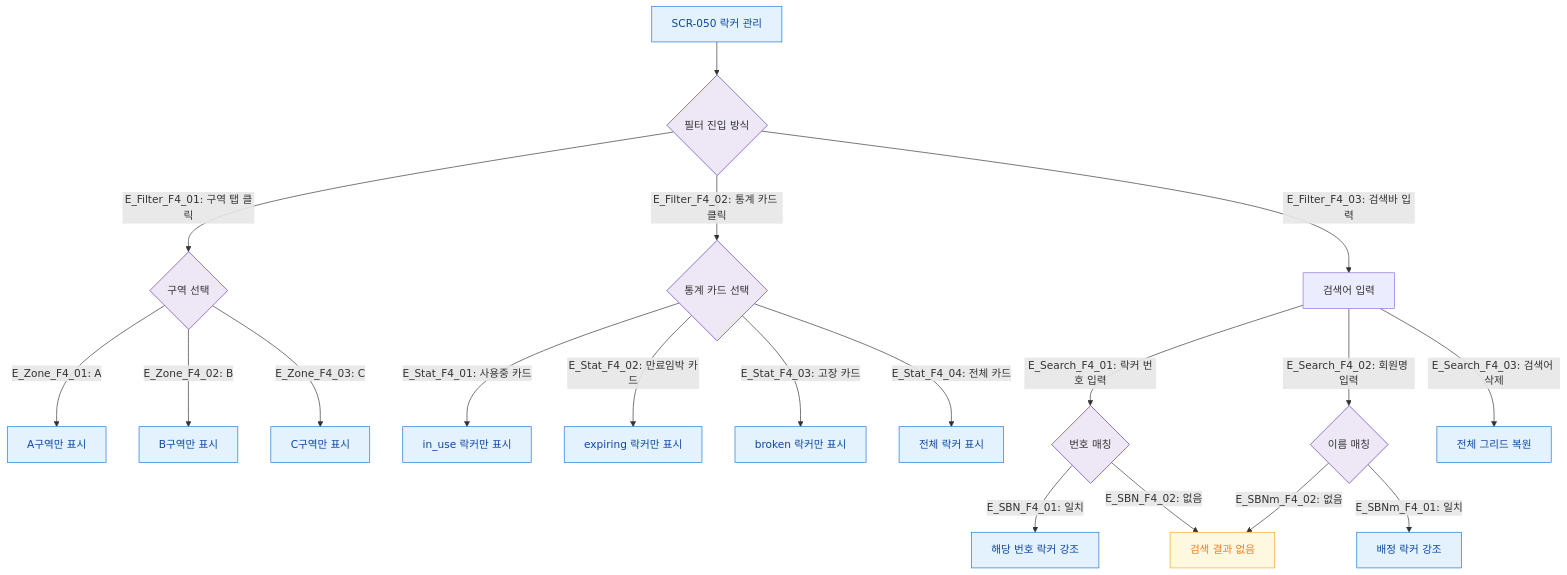
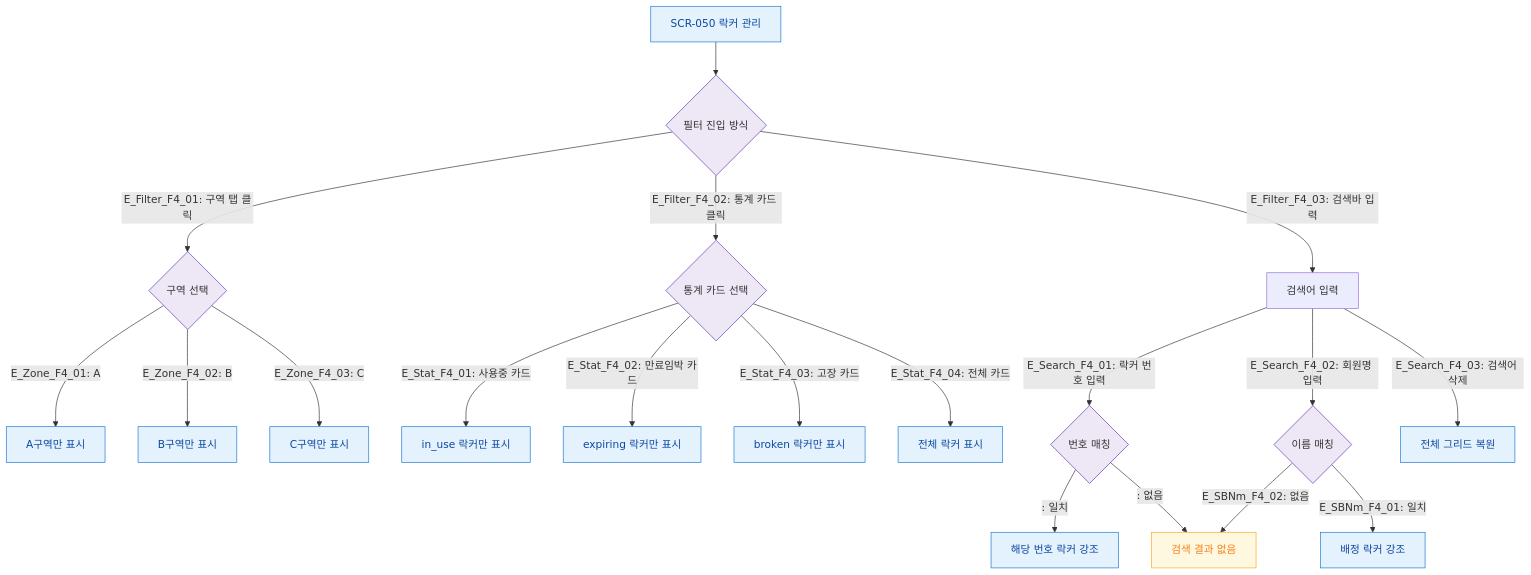
One commit to dev-spogym/admin-pando changed the diagram in docs/다이어그램/D06_시설관리/SCR-050_락커관리/F4_필터검색.md. Above: the diagram before and after it, drawn with Mermaid. The commit also changed other lines of this file and 1660 other files, not shown here.

First line of the commit message:
다이어그램: 기획자/클라이언트 납품본으로 정리

````diff
--- a/docs/다이어그램/D06_시설관리/SCR-050_락커관리/F4_필터검색.md
+++ b/docs/다이어그램/D06_시설관리/SCR-050_락커관리/F4_필터검색.md
@@ -22,34 +20,34 @@
 ```mermaid
 flowchart TD
     SCR050[SCR-050 락커 관리] --> FilterEntry{필터 진입 방식}
 
-    FilterEntry -->|"E_Filter_F4_01: 구역 탭 클릭"| ZoneFilter{구역 선택}
-    ZoneFilter -->|"E_Zone_F4_01: A"| GridA[A구역만 표시]
-    ZoneFilter -->|"E_Zone_F4_02: B"| GridB[B구역만 표시]
-    ZoneFilter -->|"E_Zone_F4_03: C"| GridC[C구역만 표시]
+    FilterEntry -->|"E_Filter_F4_01: 구역 탭 클릭"|ZoneFilter{구역 선택}
+    ZoneFilter -->|"E_Zone_F4_01: A"|GridA[A구역만 표시]
+    ZoneFilter -->|"E_Zone_F4_02: B"|GridB[B구역만 표시]
+    ZoneFilter -->|"E_Zone_F4_03: C"|GridC[C구역만 표시]
 
-    FilterEntry -->|"E_Filter_F4_02: 통계 카드 클릭"| StatFilter{통계 카드 선택}
-    StatFilter -->|"E_Stat_F4_01: 사용중 카드"| FilterInUse[in_use 락커만 표시]
-    StatFilter -->|"E_Stat_F4_02: 만료임박 카드"| FilterExpiring[expiring 락커만 표시]
-    StatFilter -->|"E_Stat_F4_03: 고장 카드"| FilterBroken[broken 락커만 표시]
-    StatFilter -->|"E_Stat_F4_04: 전체 카드"| FilterAll[전체 락커 표시]
+    FilterEntry -->|"E_Filter_F4_02: 통계 카드 클릭"|StatFilter{통계 카드 선택}
+    StatFilter -->|"E_Stat_F4_01: 사용중 카드"|FilterInUse[in_use 락커만 표시]
+    StatFilter -->|"E_Stat_F4_02: 만료임박 카드"|FilterExpiring[expiring 락커만 표시]
+    StatFilter -->|"E_Stat_F4_03: 고장 카드"|FilterBroken[broken 락커만 표시]
+    StatFilter -->|"E_Stat_F4_04: 전체 카드"|FilterAll[전체 락커 표시]
 
-    FilterEntry -->|"E_Filter_F4_03: 검색바 입력"| SearchInput[검색어 입력]
-    SearchInput -->|"E_Search_F4_01: 락커 번호 입력"| SearchByNum{번호 매칭}
-    SearchByNum -->|"E_SBN_F4_01: 일치"| ShowMatchNum[해당 번호 락커 강조]
-    SearchByNum -->|"E_SBN_F4_02: 없음"| ShowEmpty[검색 결과 없음]
+    FilterEntry -->|"E_Filter_F4_03: 검색바 입력"|SearchInput[검색어 입력]
+    SearchInput -->|"E_Search_F4_01: 락커 번호 입력"|SearchByNum{번호 매칭}
+    SearchByNum -->|": 일치"|ShowMatchNum[해당 번호 락커 강조]
+    SearchByNum -->|": 없음"|ShowEmpty[검색 결과 없음]
 
-    SearchInput -->|"E_Search_F4_02: 회원명 입력"| SearchByName{이름 매칭}
-    SearchByName -->|"E_SBNm_F4_01: 일치"| ShowMatchName[배정 락커 강조]
-    SearchByName -->|"E_SBNm_F4_02: 없음"| ShowEmpty
+    SearchInput -->|"E_Search_F4_02: 회원명 입력"|SearchByName{이름 매칭}
+    SearchByName -->|"E_SBNm_F4_01: 일치"|ShowMatchName[배정 락커 강조]
+    SearchByName -->|"E_SBNm_F4_02: 없음"|ShowEmpty
 
-    SearchInput -->|"E_Search_F4_03: 검색어 삭제"| GridAll[전체 그리드 복원]
+    SearchInput -->|"E_Search_F4_03: 검색어 삭제"|GridAll[전체 그리드 복원]
 
     classDef screen fill:#E3F2FD,stroke:#1976D2,color:#0D47A1
     classDef system fill:#EDE7F6,stroke:#5E35B2
     classDef warning fill:#FFF8E1,stroke:#F9A825,color:#F57F17
 
     class SCR050,GridA,GridB,GridC,FilterInUse,FilterExpiring,FilterBroken,FilterAll,ShowMatchNum,ShowMatchName,GridAll screen
     class FilterEntry,ZoneFilter,StatFilter,SearchByNum,SearchByName system
     class ShowEmpty warning
 ```
````
